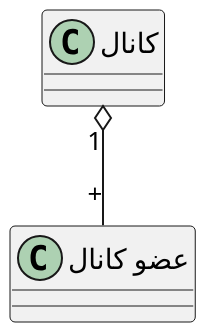
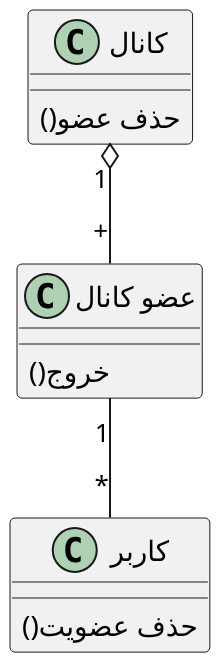
One commit to soleyman79/Qasedak changed the diagram in Diagrams/Class/LeaveChanel.puml. Above: the diagram before and after it, drawn with PlantUML. The commit also changed 15 other files, not shown here.

```diff
--- a/Diagrams/Class/LeaveChanel.puml
+++ b/Diagrams/Class/LeaveChanel.puml
@@ -1,15 +1,22 @@
 @startuml leave_chanel
 
 scale 2
 skinparam DefaultFontName B Nazanin
 
 
 class "کانال" as chanel {
+    ()حذف عضو
 }
 
 class "عضو کانال" as member {
+    ()خروج
 }
 
-chanel "1" o-- "+" member
+class "کاربر" as user {
+    ()حذف عضویت
+}
+
+chanel "    1" o-- "    +" member
+member "1" -- "*" user
 
 @enduml
```
